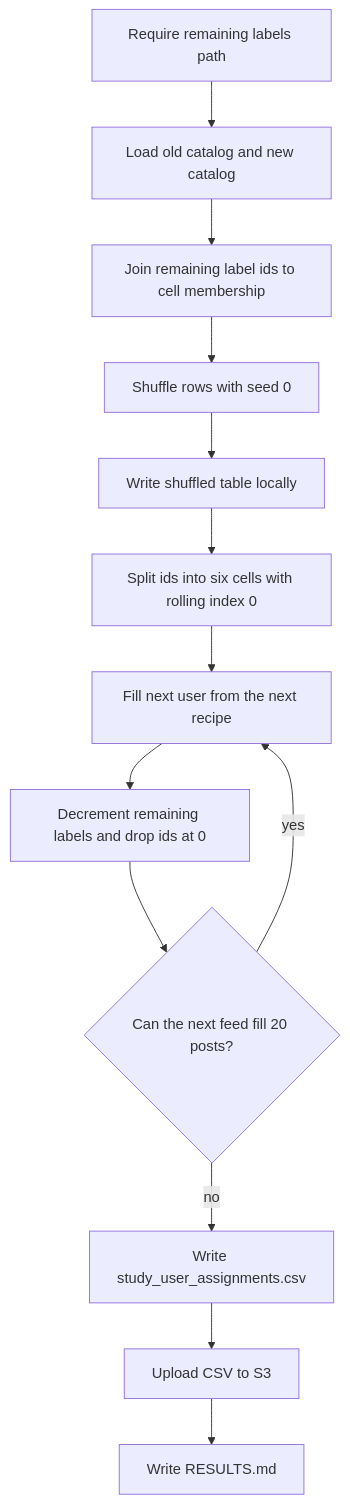
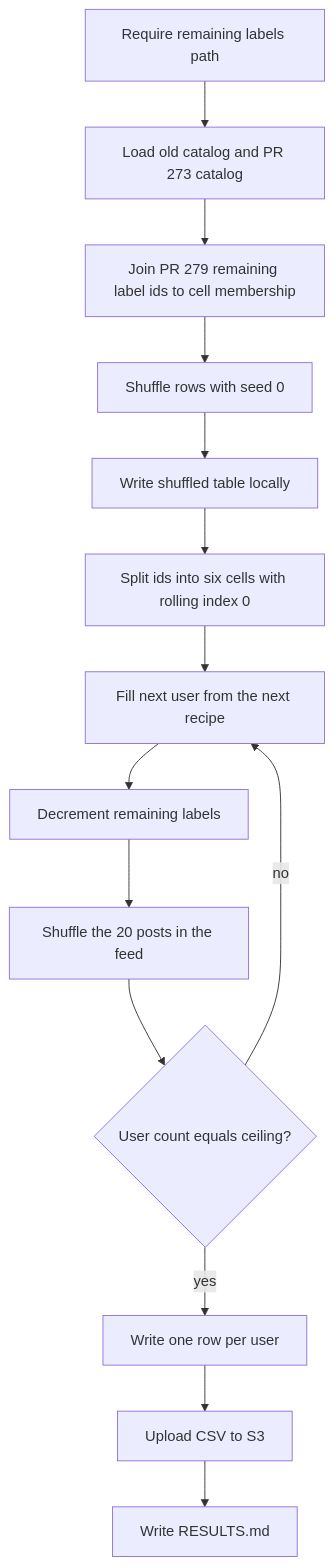
One commit to METResearchGroup/mirrorView-task changed the diagram in docs/plans/2026-09-09_study_user_assignments_ac7f04/plan.md. Above: the diagram before and after it, drawn with Mermaid. The commit also changed other lines of this file, not shown here.

First line of the commit message:
Revise study assignment plan: ceiling users, 10:10 feeds, one row per user.

````diff
--- a/docs/plans/2026-09-09_study_user_assignments_ac7f04/plan.md
+++ b/docs/plans/2026-09-09_study_user_assignments_ac7f04/plan.md
@@ -17,15 +17,16 @@
 ```mermaid
 flowchart TD
-    A[Require remaining labels path] --> B[Load old catalog and new catalog]
-    B --> C[Join remaining label ids to cell membership]
+    A[Require remaining labels path] --> B[Load old catalog and PR 273 catalog]
+    B --> C[Join PR 279 remaining label ids to cell membership]
     C --> D[Shuffle rows with seed 0]
     D --> E[Write shuffled table locally]
     E --> F[Split ids into six cells with rolling index 0]
     F --> G[Fill next user from the next recipe]
-    G --> H[Decrement remaining labels and drop ids at 0]
-    H --> I{Can the next feed fill 20 posts?}
-    I -->|yes| G
-    I -->|no| J[Write study_user_assignments.csv]
-    J --> K[Upload CSV to S3]
-    K --> L[Write RESULTS.md]
+    G --> H[Decrement remaining labels]
+    H --> I[Shuffle the 20 posts in the feed]
+    I --> J{User count equals ceiling?}
+    J -->|no| G
+    J -->|yes| K[Write one row per user]
+    K --> L[Upload CSV to S3]
+    L --> M[Write RESULTS.md]
 ```
````
